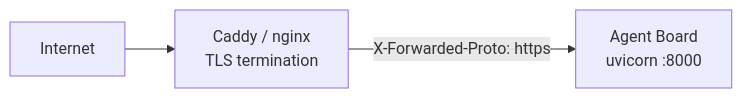
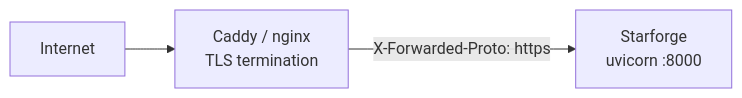
One commit to TravisDev/Starforge changed the fifth of 12 diagrams in README.md. Above: the diagram before and after it, drawn with Mermaid. The commit also changed other lines of this file and 9 other files, not shown here.

First line of the commit message:
Rebrand: Agent Board → Starforge

````diff
--- a/README.md
+++ b/README.md
@@ -429,5 +429,5 @@
 ```mermaid
 flowchart LR
   Internet --> Caddy[Caddy / nginx<br/>TLS termination]
-  Caddy -- "X-Forwarded-Proto: https" --> CP[Agent Board<br/>uvicorn :8000]
+  Caddy -- "X-Forwarded-Proto: https" --> CP[Starforge<br/>uvicorn :8000]
 ```
````
